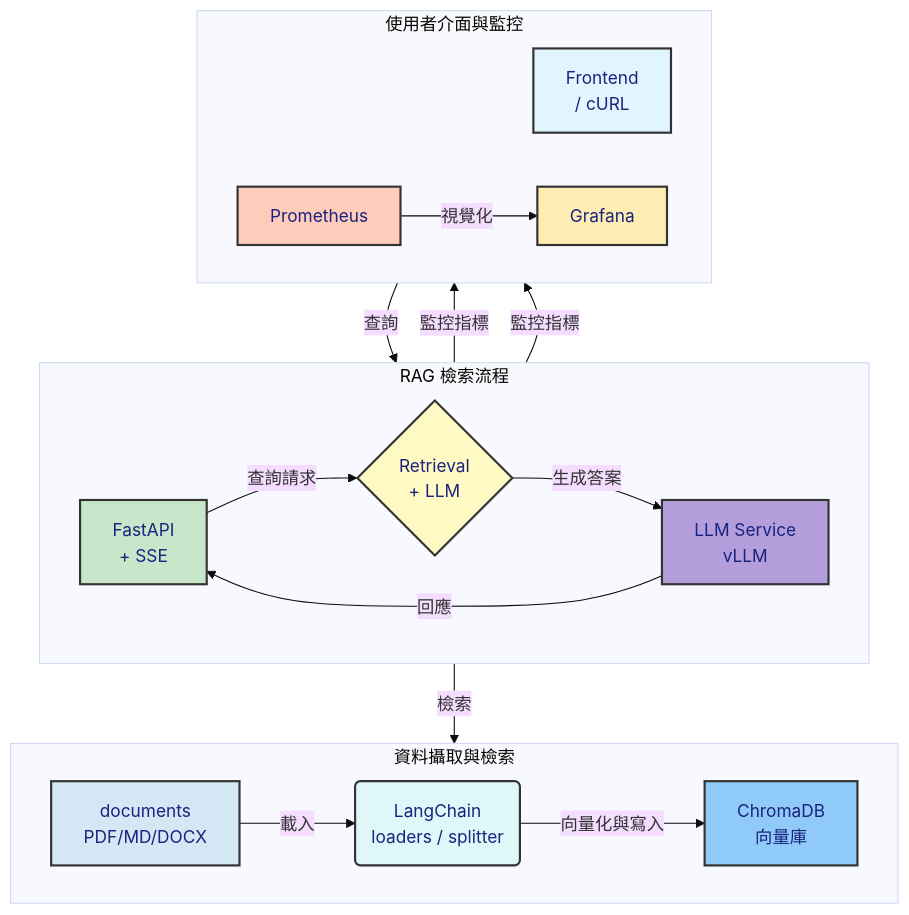
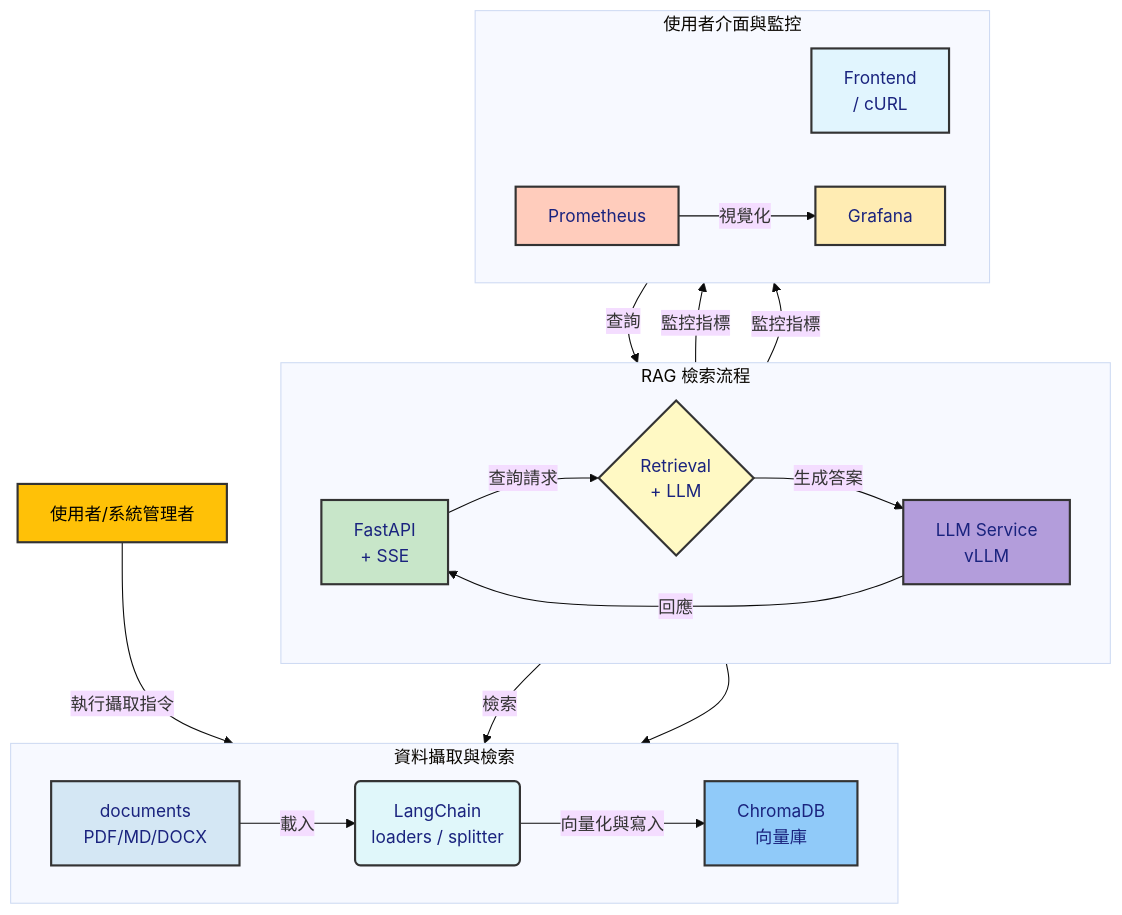
One commit to BpsEason/lexrag changed the diagram in README.md. Above: the diagram before and after it, drawn with Mermaid (base theme). The commit also changed other lines of this file, not shown here.

````diff
--- a/README.md
+++ b/README.md
@@ -32,35 +26,38 @@
 ```mermaid
 graph TD
     subgraph "資料攝取與檢索"
         direction LR
         A[documents<br>PDF/MD/DOCX] -- 載入 --> B(LangChain<br>loaders / splitter)
         B -- 向量化與寫入 --> C[ChromaDB<br>向量庫]
     end
     
     subgraph "RAG 檢索流程"
         direction LR
         D[FastAPI<br>+ SSE] -- 查詢請求 --> E{Retrieval<br>+ LLM}
         E -- 檢索 --> C
         E -- 生成答案 --> G[LLM Service<br>vLLM]
         G -- 回應 --> D
     end
 
     subgraph "使用者介面與監控"
         direction LR
         H[Frontend<br>/ cURL] -- 查詢 --> D
         D -- 監控指標 --> I[Prometheus]
         G -- 監控指標 --> I
         I -- 視覺化 --> J[Grafana]
     end
     
+    K[使用者/系統管理者] -- 執行攝取指令 --> B
+    E --> C
+    
+    style K fill:#FFC107,stroke:#333,stroke-width:2px,color:#000
     style A fill:#D4E7F4,stroke:#333,stroke-width:2px,color:#1A237E
     style B fill:#E0F7FA,stroke:#333,stroke-width:2px,color:#1A237E
     style C fill:#90CAF9,stroke:#333,stroke-width:2px,color:#1A237E
     style D fill:#C8E6C9,stroke:#333,stroke-width:2px,color:#1A237E
     style E fill:#FFF9C4,stroke:#333,stroke-width:2px,color:#1A237E
     style G fill:#B39DDB,stroke:#333,stroke-width:2px,color:#1A237E
     style H fill:#E1F5FE,stroke:#333,stroke-width:2px,color:#1A237E
     style I fill:#FFCCBC,stroke:#333,stroke-width:2px,color:#1A237E
     style J fill:#FFECB3,stroke:#333,stroke-width:2px,color:#1A237E
-
 ```
````
